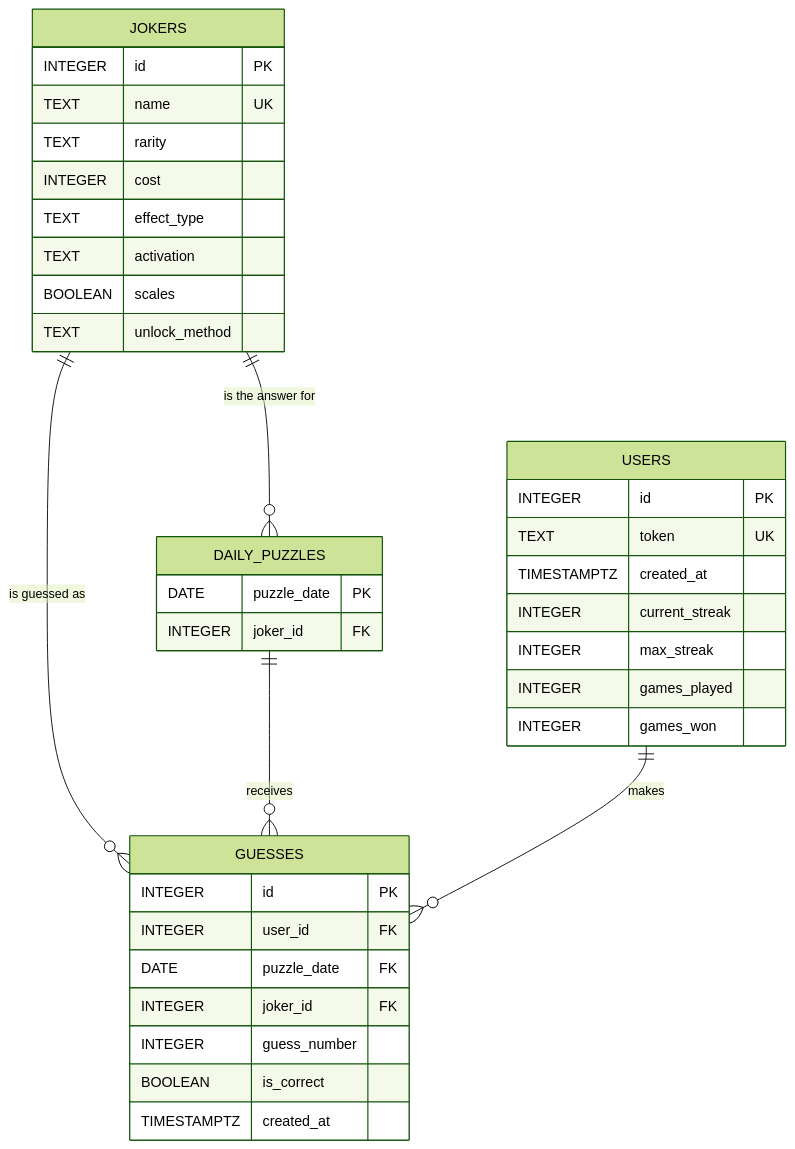
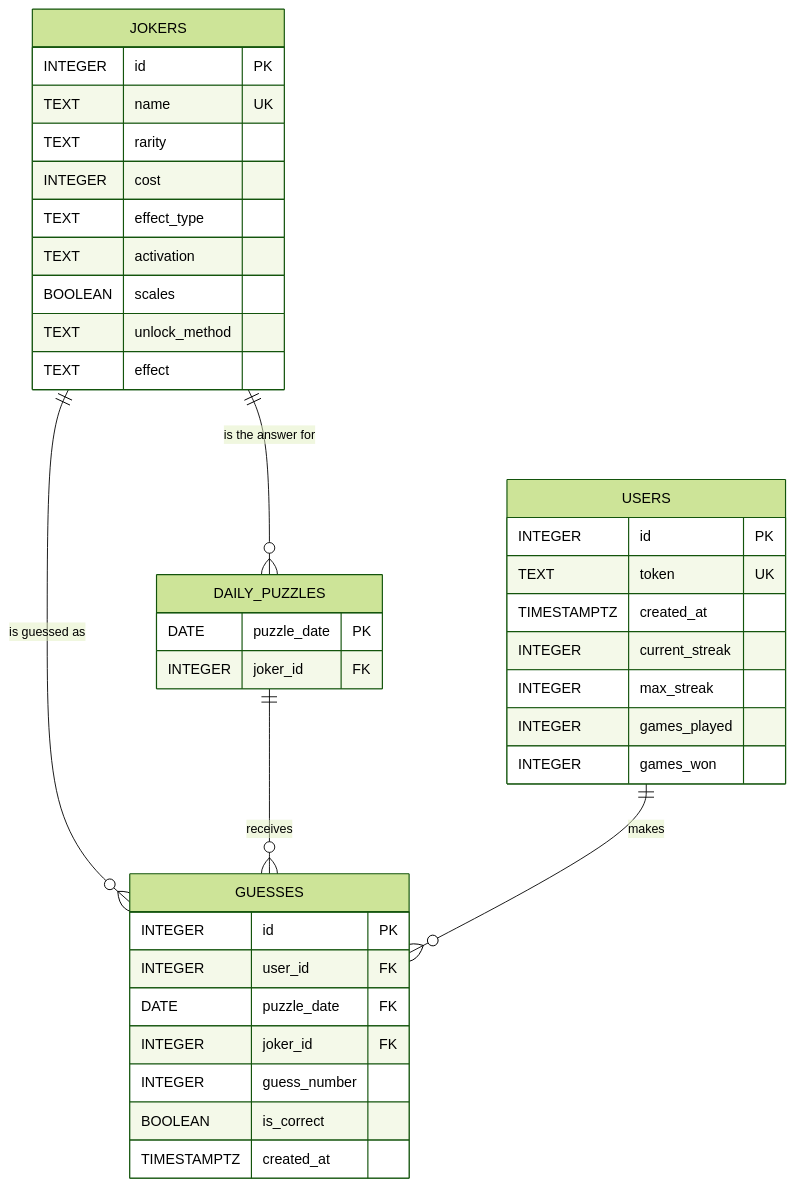
Before and after one commit to SaMoBTW/Balatdle: the diagram in design.md, drawn with Mermaid (forest theme). The commit also changed other lines of this file and 162 other files, not shown here.

````diff
--- a/design.md
+++ b/design.md
@@ -7,40 +7,41 @@
 ```mermaid
 erDiagram
     JOKERS ||--o{ DAILY_PUZZLES : "is the answer for"
     JOKERS ||--o{ GUESSES : "is guessed as"
     DAILY_PUZZLES ||--o{ GUESSES : "receives"
     USERS ||--o{ GUESSES : "makes"
 
     JOKERS {
         INTEGER id PK
         TEXT    name UK
         TEXT    rarity
         INTEGER cost
         TEXT    effect_type
         TEXT    activation
         BOOLEAN scales
         TEXT    unlock_method
+        TEXT    effect
     }
     DAILY_PUZZLES {
         DATE    puzzle_date PK
         INTEGER joker_id FK
     }
     USERS {
         INTEGER     id PK
         TEXT        token UK
         TIMESTAMPTZ created_at
         INTEGER     current_streak
         INTEGER     max_streak
         INTEGER     games_played
         INTEGER     games_won
     }
     GUESSES {
         INTEGER     id PK
         INTEGER     user_id FK
         DATE        puzzle_date FK
         INTEGER     joker_id FK
         INTEGER     guess_number
         BOOLEAN     is_correct
         TIMESTAMPTZ created_at
     }
 ```
````
